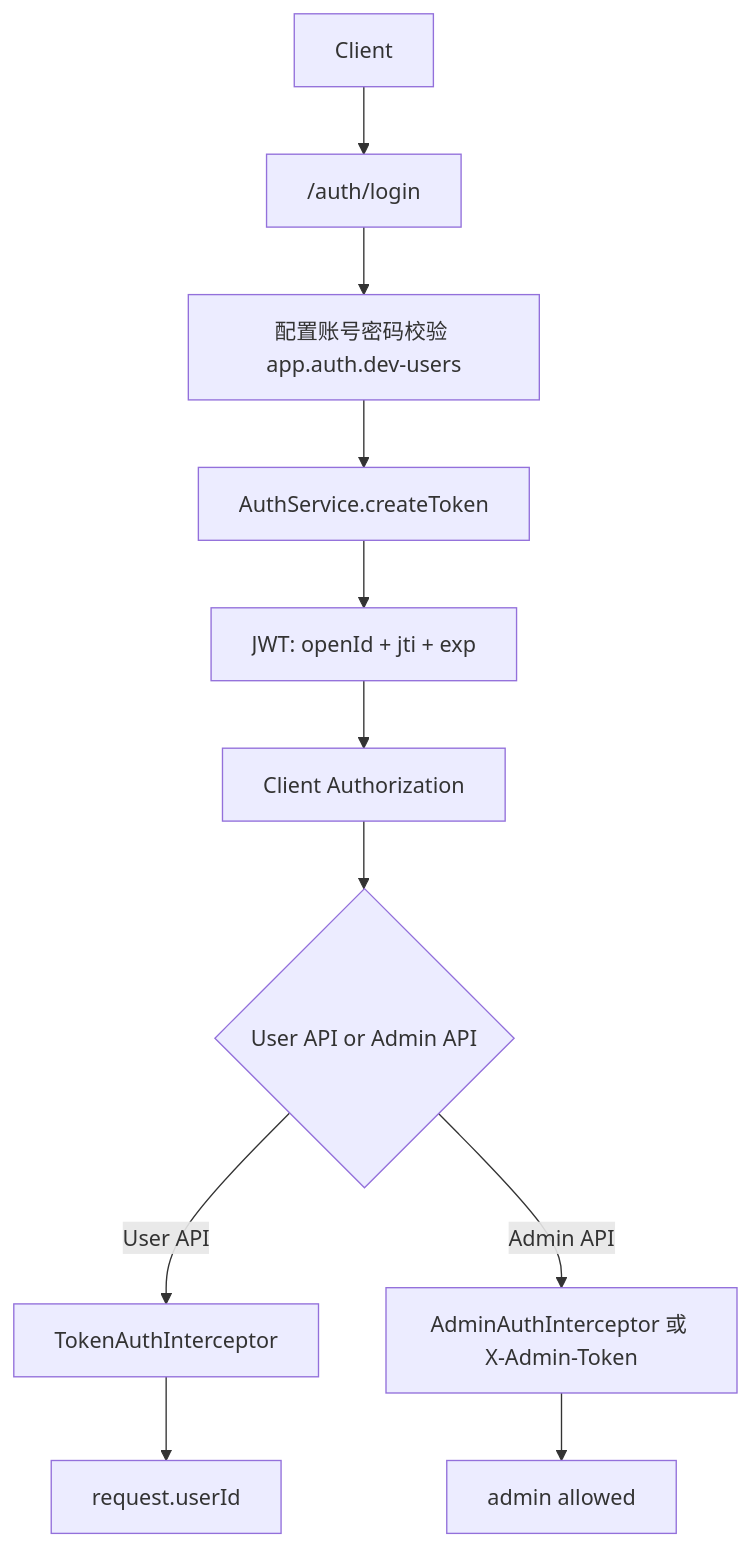
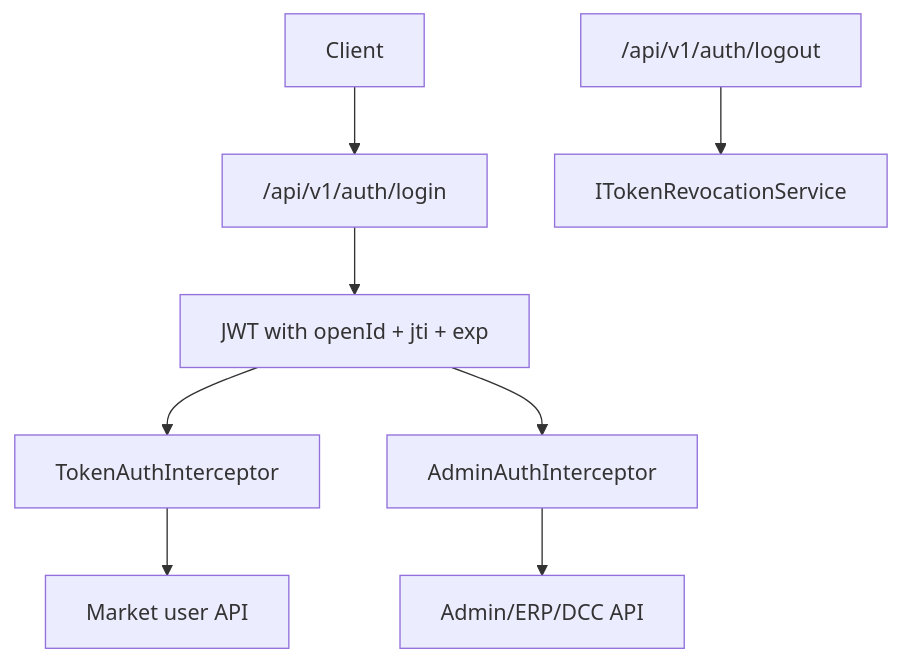
The diagram in docs/learning/05-authentication-and-authorization.md (dyxnb22/big-market-ai-platform), drawn with Mermaid before and after one commit. The commit also changed other lines of this file and 129 other files, not shown here.

````diff
--- a/docs/learning/05-authentication-and-authorization.md
+++ b/docs/learning/05-authentication-and-authorization.md
@@ -56,13 +54,10 @@
 ```mermaid
 flowchart TD
-    A["Client"] --> B["/auth/login"]
-    B --> C["配置账号密码校验 app.auth.dev-users"]
-    C --> D["AuthService.createToken"]
-    D --> E["JWT: openId + jti + exp"]
-    E --> F["Client Authorization"]
-    F --> G{"User API or Admin API"}
-    G -->|User API| H["TokenAuthInterceptor"]
-    G -->|Admin API| I["AdminAuthInterceptor 或 X-Admin-Token"]
-    H --> J["request.userId"]
-    I --> K["admin allowed"]
+    Client["Client"] --> Login["/api/v1/auth/login"]
+    Login --> Token["JWT with openId + jti + exp"]
+    Token --> UserApi["TokenAuthInterceptor"]
+    Token --> AdminApi["AdminAuthInterceptor"]
+    UserApi --> Market["Market user API"]
+    AdminApi --> Admin["Admin/ERP/DCC API"]
+    Logout["/api/v1/auth/logout"] --> Revocation["ITokenRevocationService"]
 ```
````
